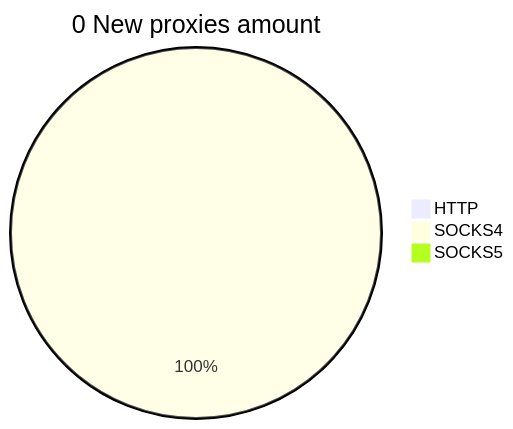
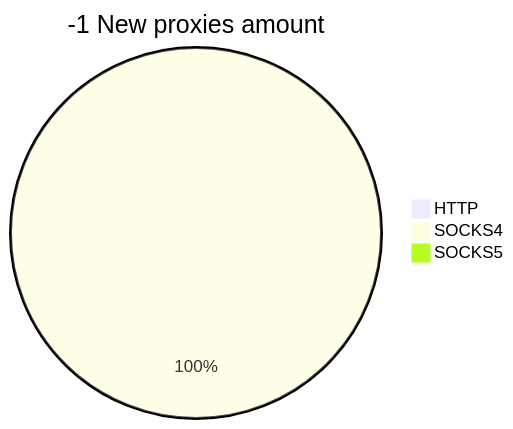
The second of 2 diagrams in README.md (cutipu/proxylist), drawn with Mermaid before and after one commit. The commit also changed other lines of this file, not shown here.

````diff
--- a/README.md
+++ b/README.md
@@ -10,6 +10,6 @@
 ```mermaid
-pie title 0 New proxies amount
+pie title -1 New proxies amount
     "HTTP" : 0
-    "SOCKS4" : 3
+    "SOCKS4" : 1
     "SOCKS5" : 0
 ```
````
